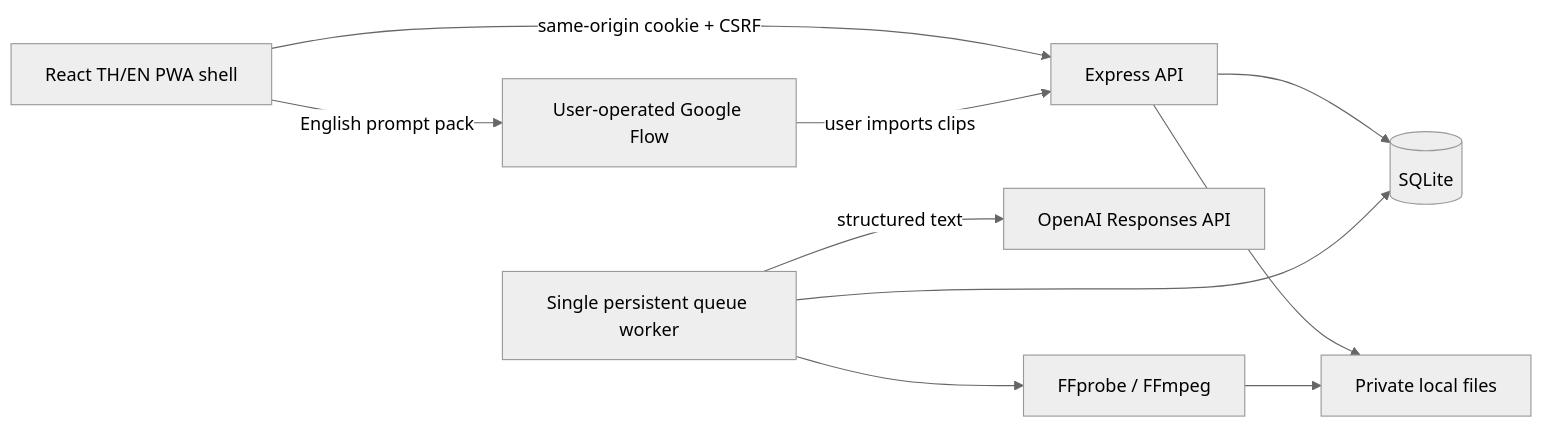
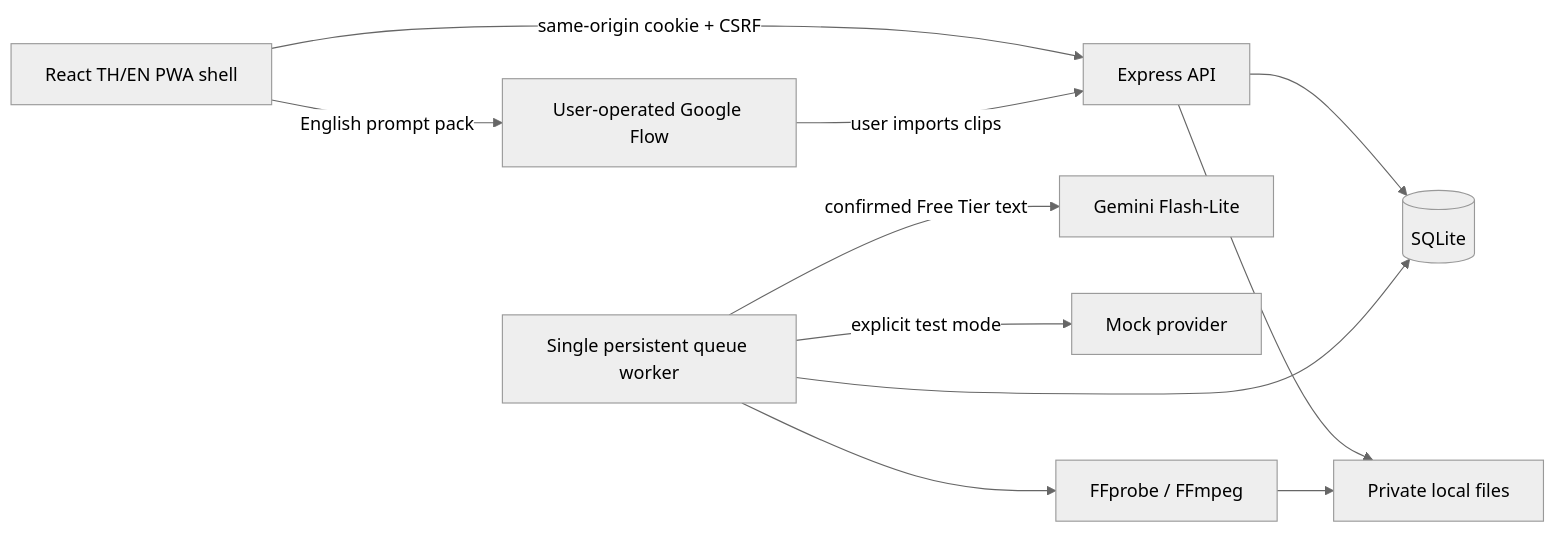
The diagram in docs/SYSTEM_ARCHITECTURE.md (DoubleFo20/AI-CONTENT-FASTORY), drawn with Mermaid (neutral theme) before and after one commit. The commit also changed other lines of this file and 27 other files, not shown here.

````diff
--- a/docs/SYSTEM_ARCHITECTURE.md
+++ b/docs/SYSTEM_ARCHITECTURE.md
@@ -85,12 +91,13 @@
 ```mermaid
 flowchart LR
   Web[React TH/EN PWA shell] -->|same-origin cookie + CSRF| API[Express API]
   API --> DB[(SQLite)]
   API --> Files[Private local files]
   Worker[Single persistent queue worker] --> DB
-  Worker -->|structured text| OpenAI[OpenAI Responses API]
+  Worker -->|confirmed Free Tier text| Gemini[Gemini Flash-Lite]
+  Worker -->|explicit test mode| Mock[Mock provider]
   Worker --> FFmpeg[FFprobe / FFmpeg]
   FFmpeg --> Files
   Web -->|English prompt pack| Flow[User-operated Google Flow]
   Flow -->|user imports clips| API
 ```
````
